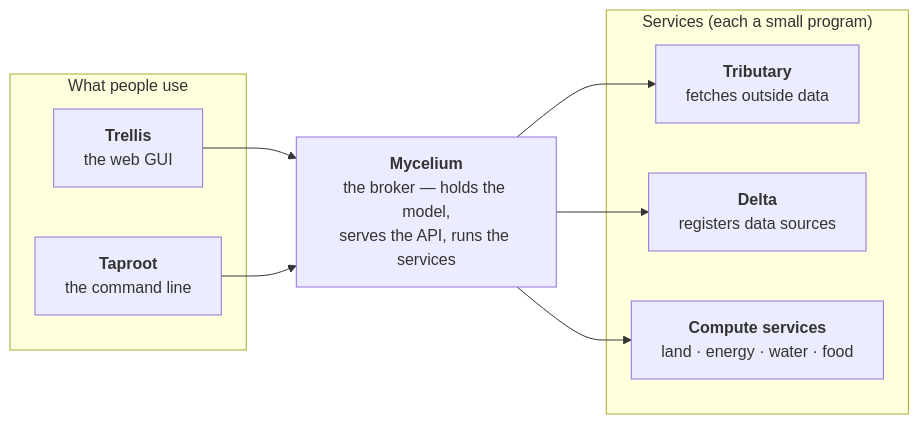
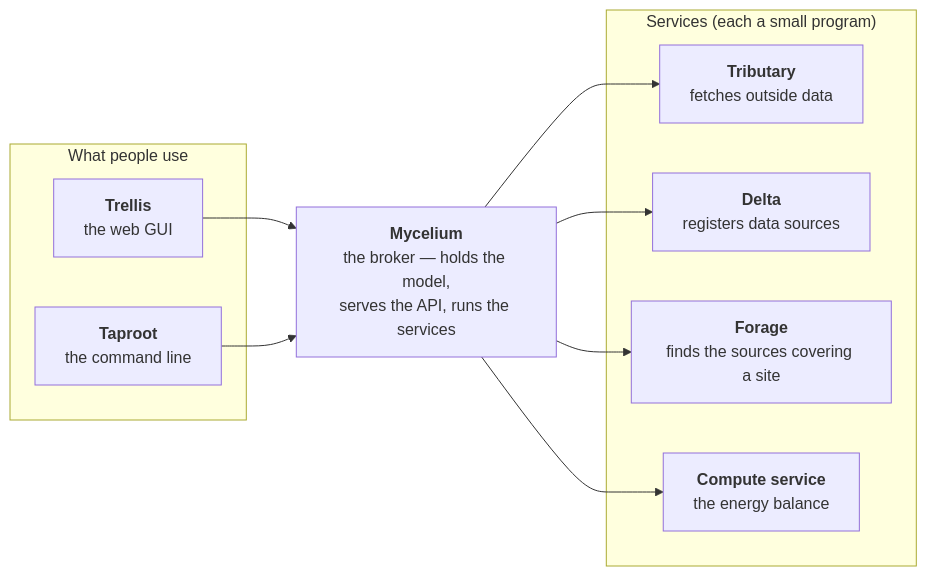
One commit to ReGen-Villages/VillageOS-API changed the first of 11 diagrams in docs/LAND_INTAKE.md. Above: the diagram before and after it, drawn with Mermaid. The commit also changed other lines of this file and 35 other files, not shown here.

````diff
--- a/docs/LAND_INTAKE.md
+++ b/docs/LAND_INTAKE.md
@@ -106,16 +93,17 @@
 ```mermaid
 flowchart LR
   subgraph client["What people use"]
     T["<b>Trellis</b><br/>the web GUI"]
     TR["<b>Taproot</b><br/>the command line"]
   end
   M["<b>Mycelium</b><br/>the broker — holds the model,<br/>serves the API, runs the services"]
   subgraph svc["Services (each a small program)"]
     TB["<b>Tributary</b><br/>fetches outside data"]
     D["<b>Delta</b><br/>registers data sources"]
-    C["<b>Compute services</b><br/>land · energy · water · food"]
+    F["<b>Forage</b><br/>finds the sources covering a site"]
+    C["<b>Compute service</b><br/>the energy balance"]
   end
   T --> M
   TR --> M
-  M --> TB & D & C
+  M --> TB & D & F & C
 ```
````
